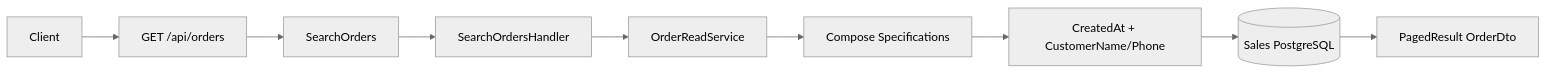
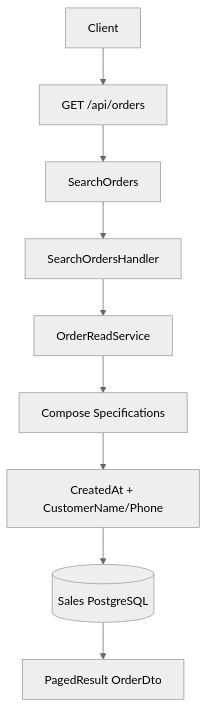
Before and after one commit to dangph299/Sales-project: the fifth of 12 diagrams in docs/tech/requirements-map.md, drawn with Mermaid (neutral theme). The commit also changed other lines of this file and 13 other files, not shown here.

````diff
--- a/docs/tech/requirements-map.md
+++ b/docs/tech/requirements-map.md
@@ -174,11 +174,11 @@
 ```mermaid
-flowchart LR
+flowchart TD
     Client[Client] --> API[GET /api/orders]
     API --> Query[SearchOrders]
     Query --> Handler[SearchOrdersHandler]
     Handler --> ReadService[OrderReadService]
     ReadService --> Specs[Compose Specifications]
     Specs --> Filters[CreatedAt + CustomerName/Phone]
     Filters --> DB[(Sales PostgreSQL)]
     DB --> Result[PagedResult OrderDto]
 ```
````
